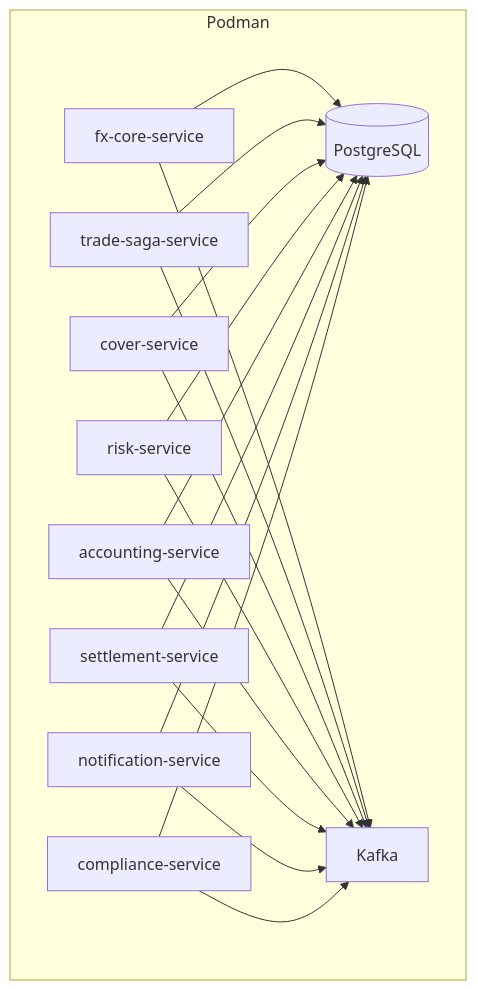
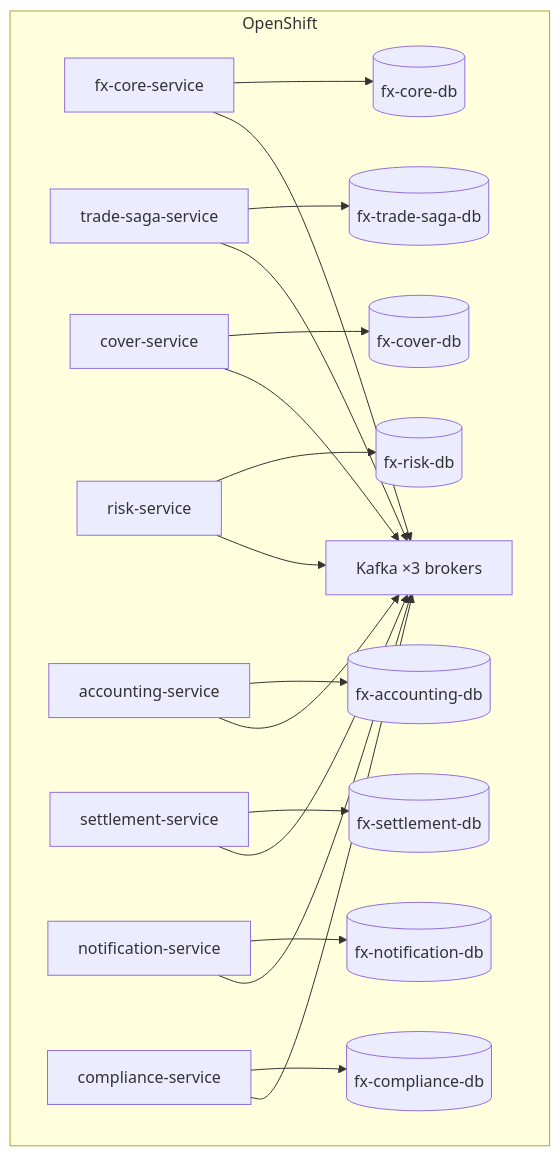
One commit to keijijin/fx-trading-sample changed the seventh of 11 diagrams in design/implementation-guide.md. Above: the diagram before and after it, drawn with Mermaid. The commit also changed other lines of this file and 4 other files, not shown here.

````diff
--- a/design/implementation-guide.md
+++ b/design/implementation-guide.md
@@ -250,33 +255,23 @@
 ```mermaid
 flowchart TB
-    subgraph Podman
-        PG[(PostgreSQL)]
-        K[Kafka]
-        F[fx-core-service]
-        SG[trade-saga-service]
-        CV[cover-service]
-        RK[risk-service]
-        AC[accounting-service]
-        ST[settlement-service]
-        NT[notification-service]
-        CM[compliance-service]
+    subgraph OpenShift
+        K[Kafka ×3 brokers]
+        F[fx-core-service] --> DB1[(fx-core-db)]
+        SG[trade-saga-service] --> DB2[(fx-trade-saga-db)]
+        CV[cover-service] --> DB3[(fx-cover-db)]
+        RK[risk-service] --> DB4[(fx-risk-db)]
+        AC[accounting-service] --> DB5[(fx-accounting-db)]
+        ST[settlement-service] --> DB6[(fx-settlement-db)]
+        NT[notification-service] --> DB7[(fx-notification-db)]
+        CM[compliance-service] --> DB8[(fx-compliance-db)]
     end
-
-    F --> PG
-    SG --> PG
-    CV --> PG
-    RK --> PG
-    AC --> PG
-    ST --> PG
-    NT --> PG
-    CM --> PG
 
     F --> K
     SG --> K
     CV --> K
     RK --> K
     AC --> K
     ST --> K
     NT --> K
     CM --> K
 ```
````
